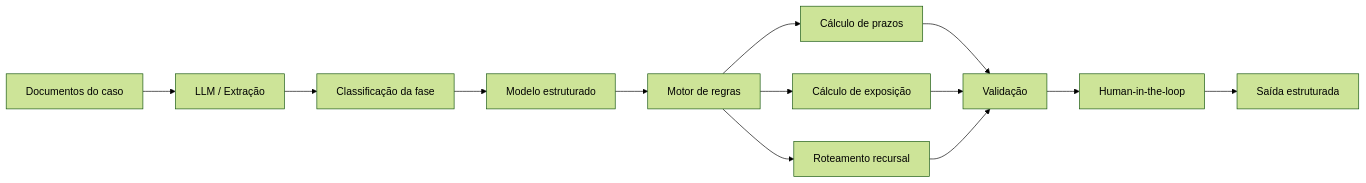
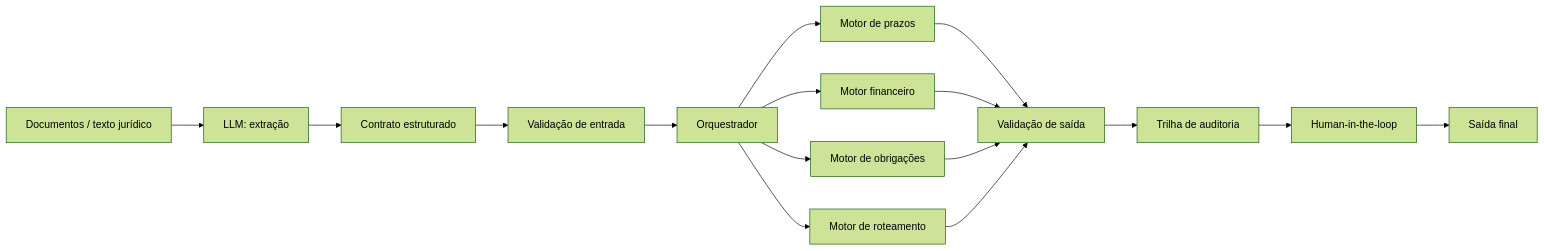
The first of 2 diagrams in README.md (khaosfelix/legal-ai-recursal-workflow), drawn with Mermaid (forest theme) before and after one commit. The commit also changed other lines of this file and 75 other files, not shown here.

````diff
--- a/README.md
+++ b/README.md
@@ -27,15 +96,18 @@
 ```mermaid
 flowchart LR
-    A[Documentos do caso] --> B[LLM / Extração]
-    B --> C[Classificação da fase]
-    C --> D[Modelo estruturado]
-    D --> E[Motor de regras]
-    E --> F[Cálculo de prazos]
-    E --> G[Cálculo de exposição]
-    E --> H[Roteamento recursal]
-    F --> I[Validação]
-    G --> I
-    H --> I
-    I --> J[Human-in-the-loop]
-    J --> K[Saída estruturada]
+    A[Documentos / texto jurídico] --> B[LLM: extração]
+    B --> C[Contrato estruturado]
+    C --> D[Validação de entrada]
+    D --> E[Orquestrador]
+    E --> F[Motor de prazos]
+    E --> G[Motor financeiro]
+    E --> H[Motor de obrigações]
+    E --> I[Motor de roteamento]
+    F --> J[Validação de saída]
+    G --> J
+    H --> J
+    I --> J
+    J --> K[Trilha de auditoria]
+    K --> L[Human-in-the-loop]
+    L --> M[Saída final]
 ```
````
